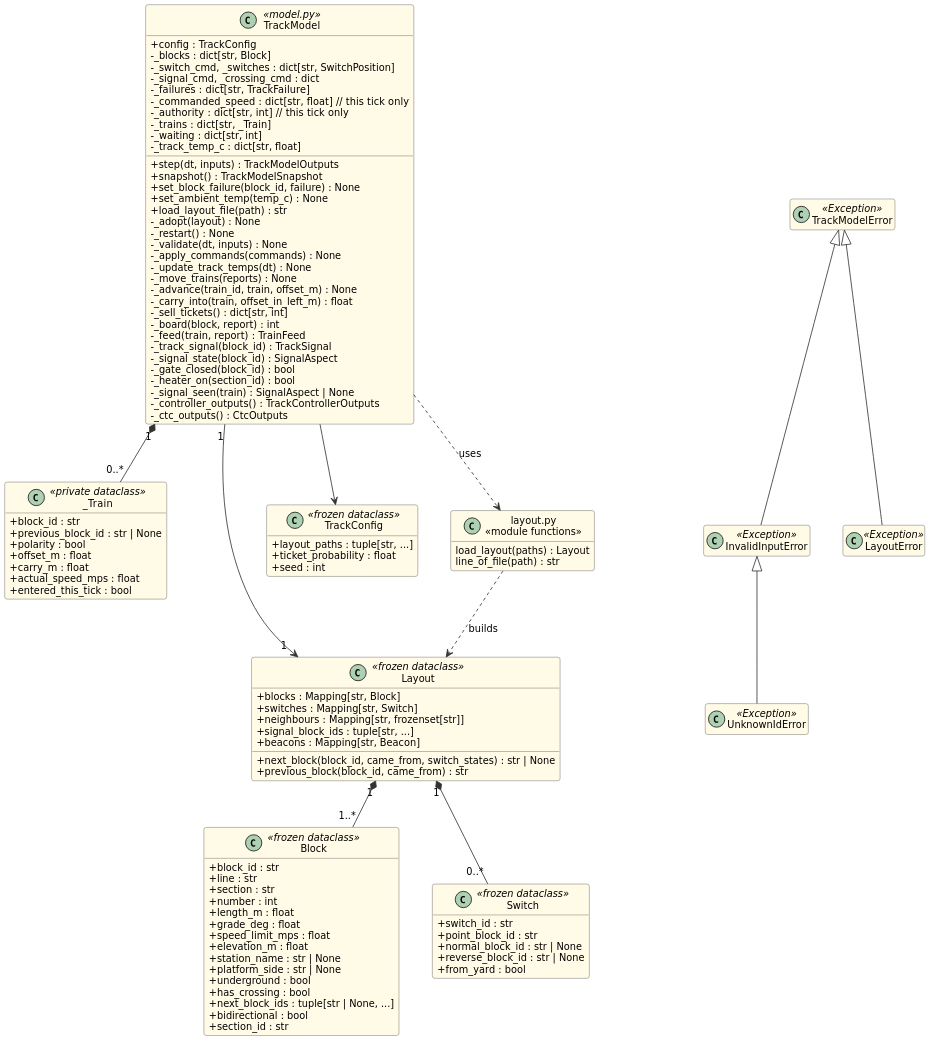
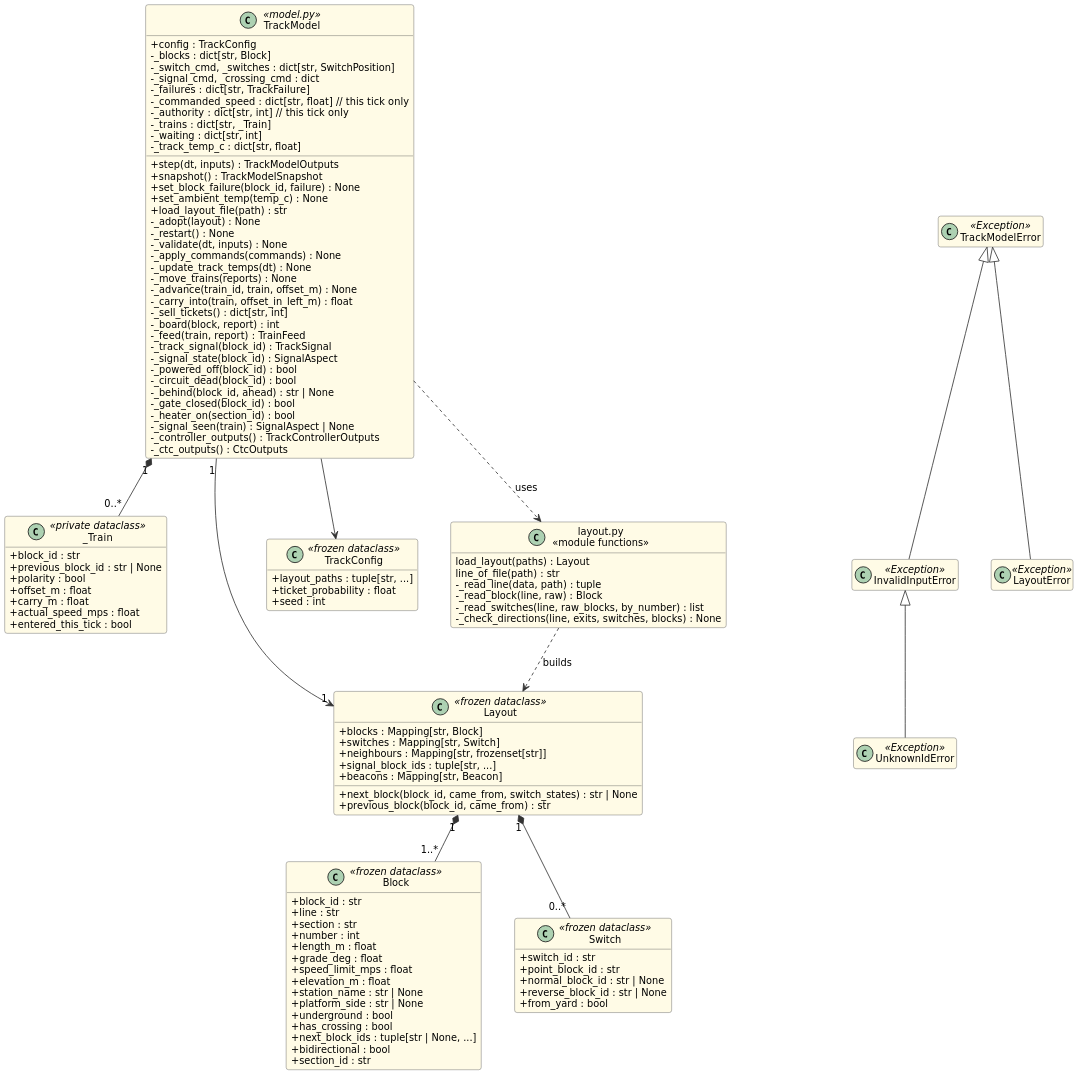
Before and after one commit to Landiss04/Track-Overflow: the diagram in documents/uml/track_model/04_class_core.puml, drawn with PlantUML. The commit also changed 39 other files, not shown here.

First line of the commit message:
Track Model diagrams: sequence messages show the real method calls; use case actors joined by plain lines

```diff
--- a/documents/uml/track_model/04_class_core.puml
+++ b/documents/uml/track_model/04_class_core.puml
@@ -1,115 +1,122 @@
 @startuml
 skinparam shadowing false
 skinparam dpi 170
 skinparam defaultFontName DejaVu Sans
 skinparam defaultFontSize 12
 skinparam roundCorner 6
 skinparam ArrowColor #333333
 skinparam BackgroundColor white
 skinparam classAttributeIconSize 0
 skinparam classBackgroundColor #FFFBE6
 skinparam classBorderColor #555555
 hide empty members
 skinparam nodesep 40
 skinparam ranksep 55
 class TrackModel <<model.py>> {
   +config : TrackConfig
   -_blocks : dict[str, Block]
   -_switch_cmd, _switches : dict[str, SwitchPosition]
   -_signal_cmd, _crossing_cmd : dict
   -_failures : dict[str, TrackFailure]
   -_commanded_speed : dict[str, float]  // this tick only
   -_authority : dict[str, int]  // this tick only
   -_trains : dict[str, _Train]
   -_waiting : dict[str, int]
   -_track_temp_c : dict[str, float]
   +step(dt, inputs) : TrackModelOutputs
   +snapshot() : TrackModelSnapshot
   +set_block_failure(block_id, failure) : None
   +set_ambient_temp(temp_c) : None
   +load_layout_file(path) : str
   -_adopt(layout) : None
   -_restart() : None
   -_validate(dt, inputs) : None
   -_apply_commands(commands) : None
   -_update_track_temps(dt) : None
   -_move_trains(reports) : None
   -_advance(train_id, train, offset_m) : None
   -_carry_into(train, offset_in_left_m) : float
   -_sell_tickets() : dict[str, int]
   -_board(block, report) : int
   -_feed(train, report) : TrainFeed
   -_track_signal(block_id) : TrackSignal
   -_signal_state(block_id) : SignalAspect
+  -_powered_off(block_id) : bool
+  -_circuit_dead(block_id) : bool
+  -_behind(block_id, ahead) : str | None
   -_gate_closed(block_id) : bool
   -_heater_on(section_id) : bool
   -_signal_seen(train) : SignalAspect | None
   -_controller_outputs() : TrackControllerOutputs
   -_ctc_outputs() : CtcOutputs
 }
 class _Train <<private dataclass>> {
   +block_id : str
   +previous_block_id : str | None
   +polarity : bool
   +offset_m : float
   +carry_m : float
   +actual_speed_mps : float
   +entered_this_tick : bool
 }
 class Layout <<frozen dataclass>> {
   +blocks : Mapping[str, Block]
   +switches : Mapping[str, Switch]
   +neighbours : Mapping[str, frozenset[str]]
   +signal_block_ids : tuple[str, ...]
   +beacons : Mapping[str, Beacon]
   +next_block(block_id, came_from, switch_states) : str | None
   +previous_block(block_id, came_from) : str
 }
 class Block <<frozen dataclass>> {
   +block_id : str
   +line : str
   +section : str
   +number : int
   +length_m : float
   +grade_deg : float
   +speed_limit_mps : float
   +elevation_m : float
   +station_name : str | None
   +platform_side : str | None
   +underground : bool
   +has_crossing : bool
   +next_block_ids : tuple[str | None, ...]
   +bidirectional : bool
   +section_id : str
 }
 class Switch <<frozen dataclass>> {
   +switch_id : str
   +point_block_id : str
   +normal_block_id : str | None
   +reverse_block_id : str | None
   +from_yard : bool
 }
 class TrackConfig <<frozen dataclass>> {
   +layout_paths : tuple[str, ...]
   +ticket_probability : float
   +seed : int
 }
 class "layout.py\n<<module functions>>" as LF {
   load_layout(paths) : Layout
   line_of_file(path) : str
+  -_read_line(data, path) : tuple
+  -_read_block(line, raw) : Block
+  -_read_switches(line, raw_blocks, by_number) : list
+  -_check_directions(line, exits, switches, blocks) : None
 }
 class TrackModelError <<Exception>>
 class InvalidInputError <<Exception>>
 class UnknownIdError <<Exception>>
 class LayoutError <<Exception>>
 TrackModel "1" *-- "0..*" _Train
 TrackModel "1" --> "1" Layout
 TrackModel --> TrackConfig
 TrackModel ..> LF : uses
 LF ..> Layout : builds
 Layout "1" *-- "1..*" Block
 Layout "1" *-- "0..*" Switch
 TrackModelError <|-- InvalidInputError
 InvalidInputError <|-- UnknownIdError
 TrackModelError <|-- LayoutError
 @enduml
```
